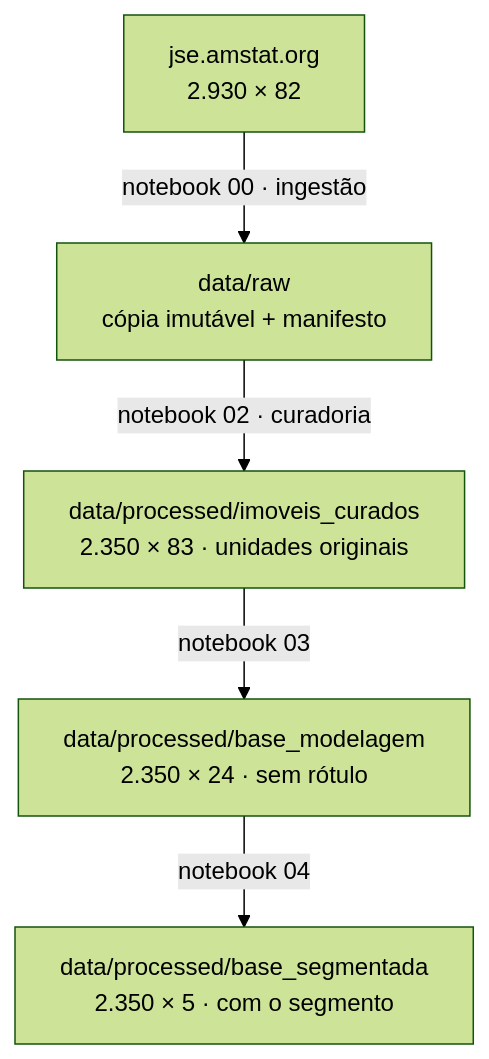
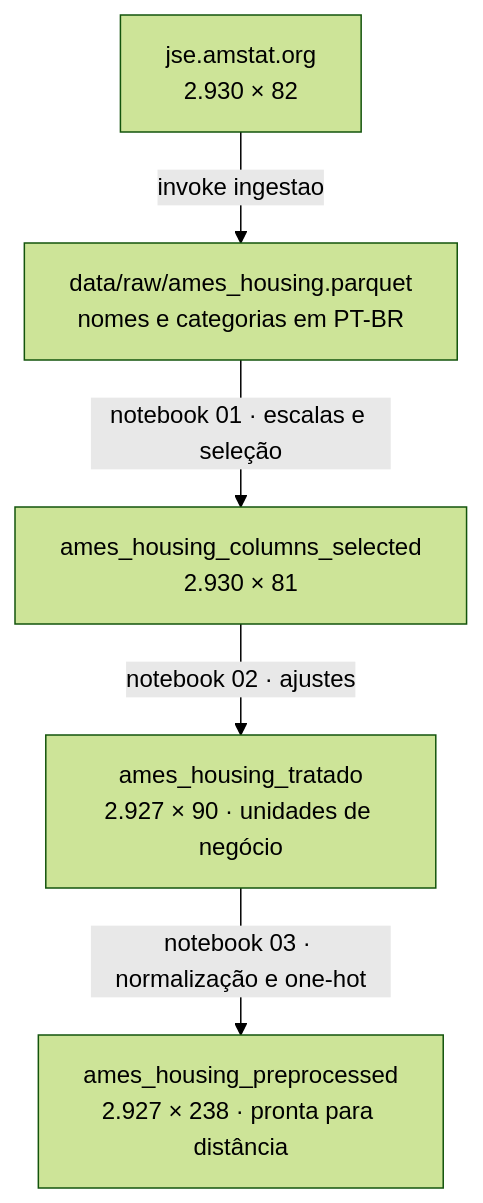
Before and after one commit to aislansf/projeto-exemplo-mercado-imobiliario: the diagram in docs/preparacao.md, drawn with Mermaid (forest theme). The commit also changed other lines of this file and 307 other files, not shown here.

````diff
--- a/docs/preparacao.md
+++ b/docs/preparacao.md
@@ -12,8 +11,8 @@
 ```mermaid
 flowchart TD
-    A["jse.amstat.org<br/>2.930 × 82"] -->|"notebook 00 · ingestão"| B
-    B["data/raw<br/>cópia imutável + manifesto"] -->|"notebook 02 · curadoria"| C
-    C["data/processed/imoveis_curados<br/>2.350 × 83 · unidades originais"] -->|"notebook 03"| D
-    D["data/processed/base_modelagem<br/>2.350 × 24 · sem rótulo"] -->|"notebook 04"| E
-    E["data/processed/base_segmentada<br/>2.350 × 5 · com o segmento"]
+    A["jse.amstat.org<br/>2.930 × 82"] -->|"invoke ingestao"| B
+    B["data/raw/ames_housing.parquet<br/>nomes e categorias em PT-BR"] -->|"notebook 01 · escalas e seleção"| C
+    C["ames_housing_columns_selected<br/>2.930 × 81"] -->|"notebook 02 · ajustes"| D
+    D["ames_housing_tratado<br/>2.927 × 90 · unidades de negócio"] -->|"notebook 03 · normalização e one-hot"| E
+    E["ames_housing_preprocessed<br/>2.927 × 238 · pronta para distância"]
 ```
````
